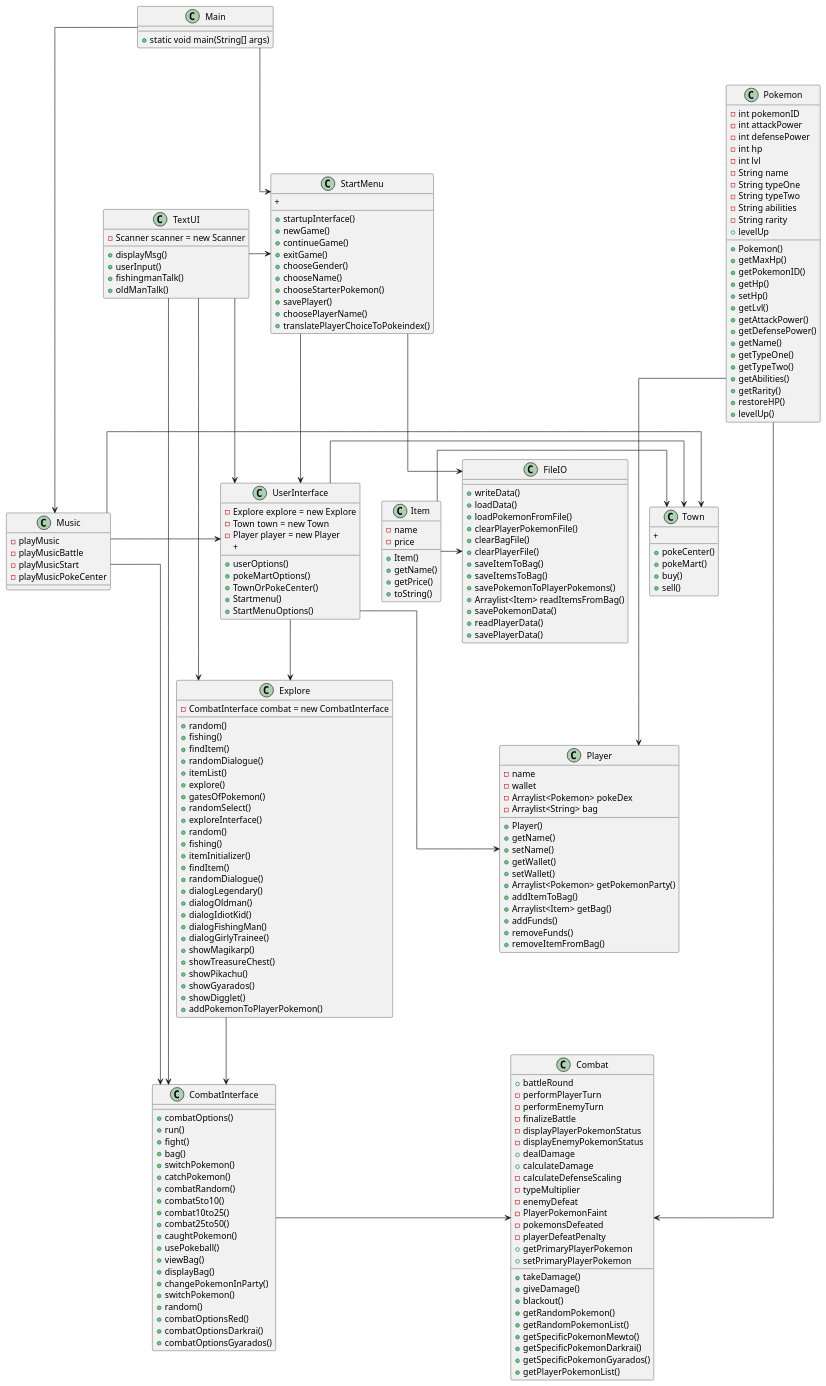
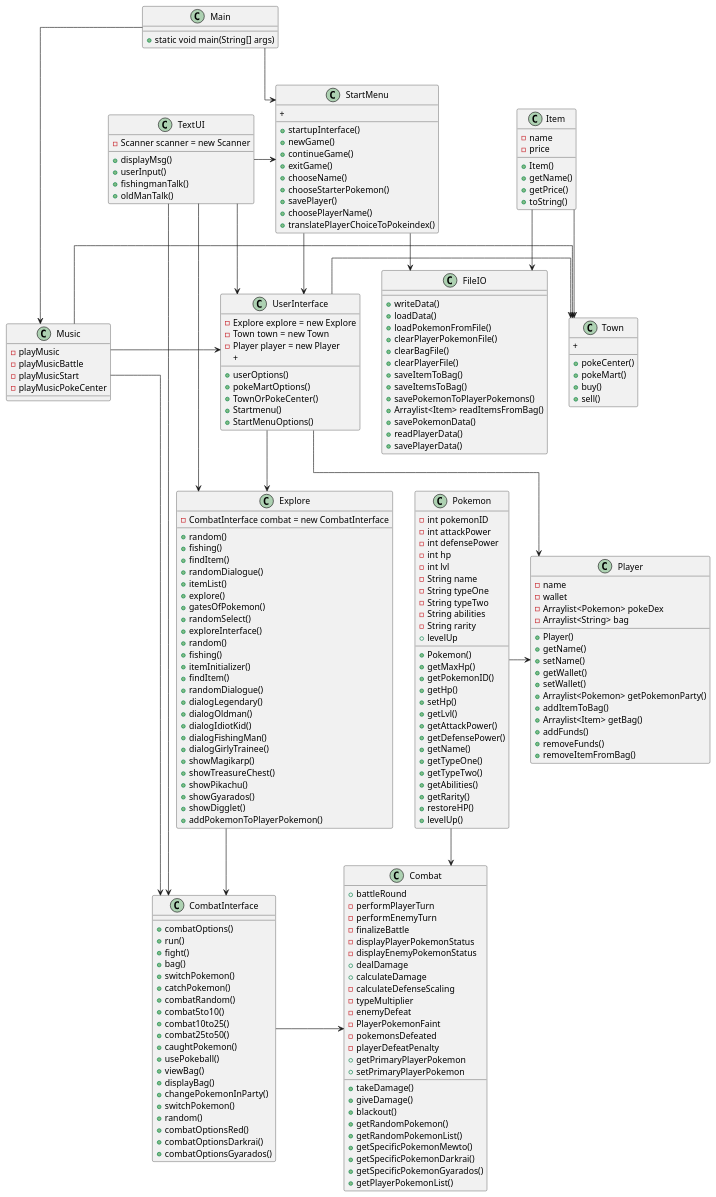
One commit to Maximitas/ICE changed the diagram in Diagrams/ClassDiagram.puml. Above: the diagram before and after it, drawn with PlantUML.

Commit message:
Class diagram update

```diff
--- a/Diagrams/ClassDiagram.puml
+++ b/Diagrams/ClassDiagram.puml
@@ -12,7 +12,6 @@
 + newGame()
 + continueGame()
 + exitGame()
-+ chooseGender()
 + chooseName()
 + chooseStarterPokemon()
 + savePlayer()
@@ -221,19 +220,19 @@
 UserInterface --> Explore
 Explore --> CombatInterface
 CombatInterface -> Combat
-Pokemon ---> Player
-Pokemon ---> Combat
+Pokemon -> Player
+Pokemon -> Combat
 StartMenu --> FileIO
 TextUI -> StartMenu
 TextUI --> UserInterface
 TextUI --> Explore
 TextUI --> CombatInterface
-Music -> CombatInterface
+Music --> CombatInterface
 Music -> Town
 Music -> UserInterface
 Main -> Music
-Item -> FileIO
-Item -> Town
+Item --> FileIO
+Item --> Town
 
 
 @enduml
```
